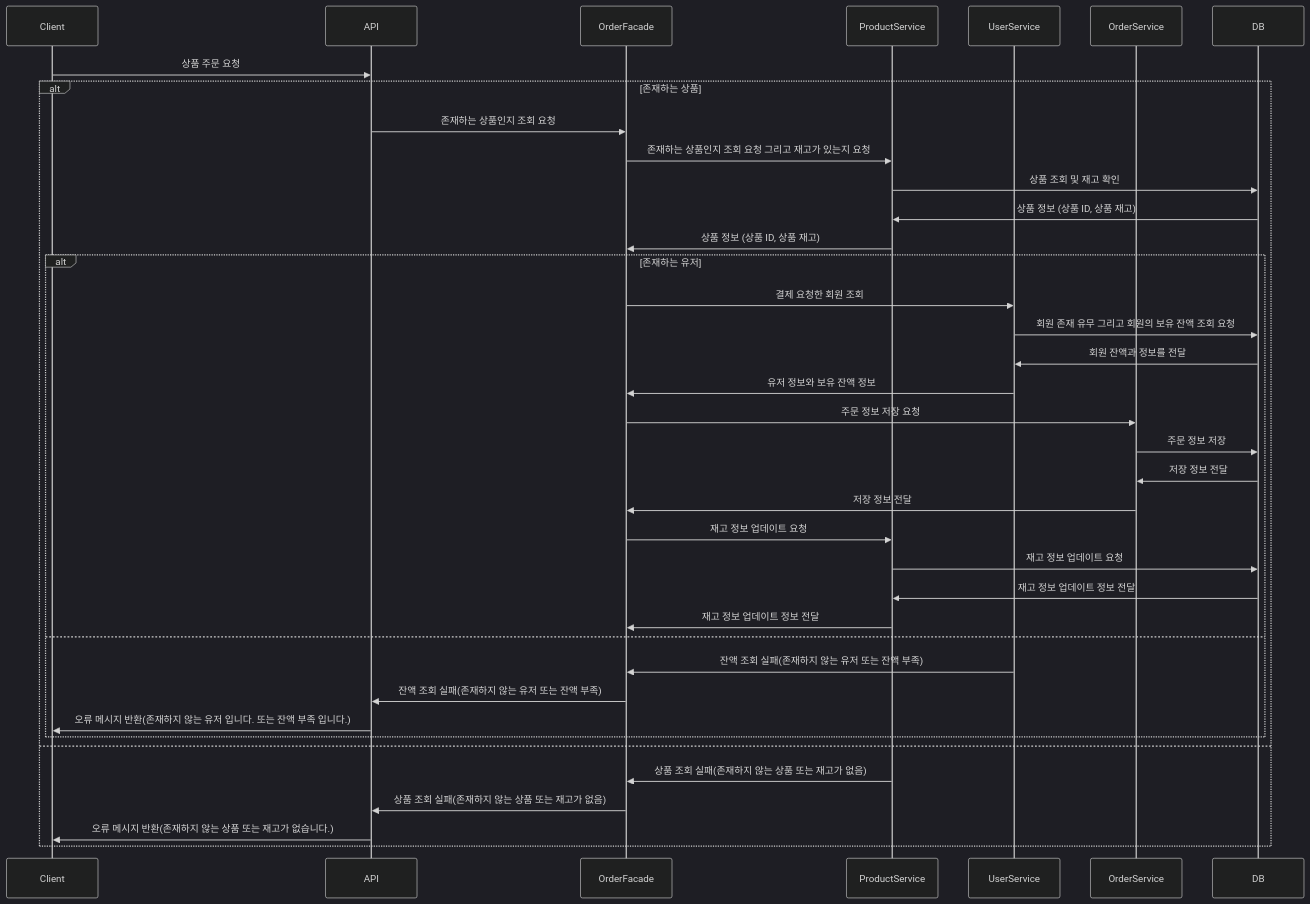
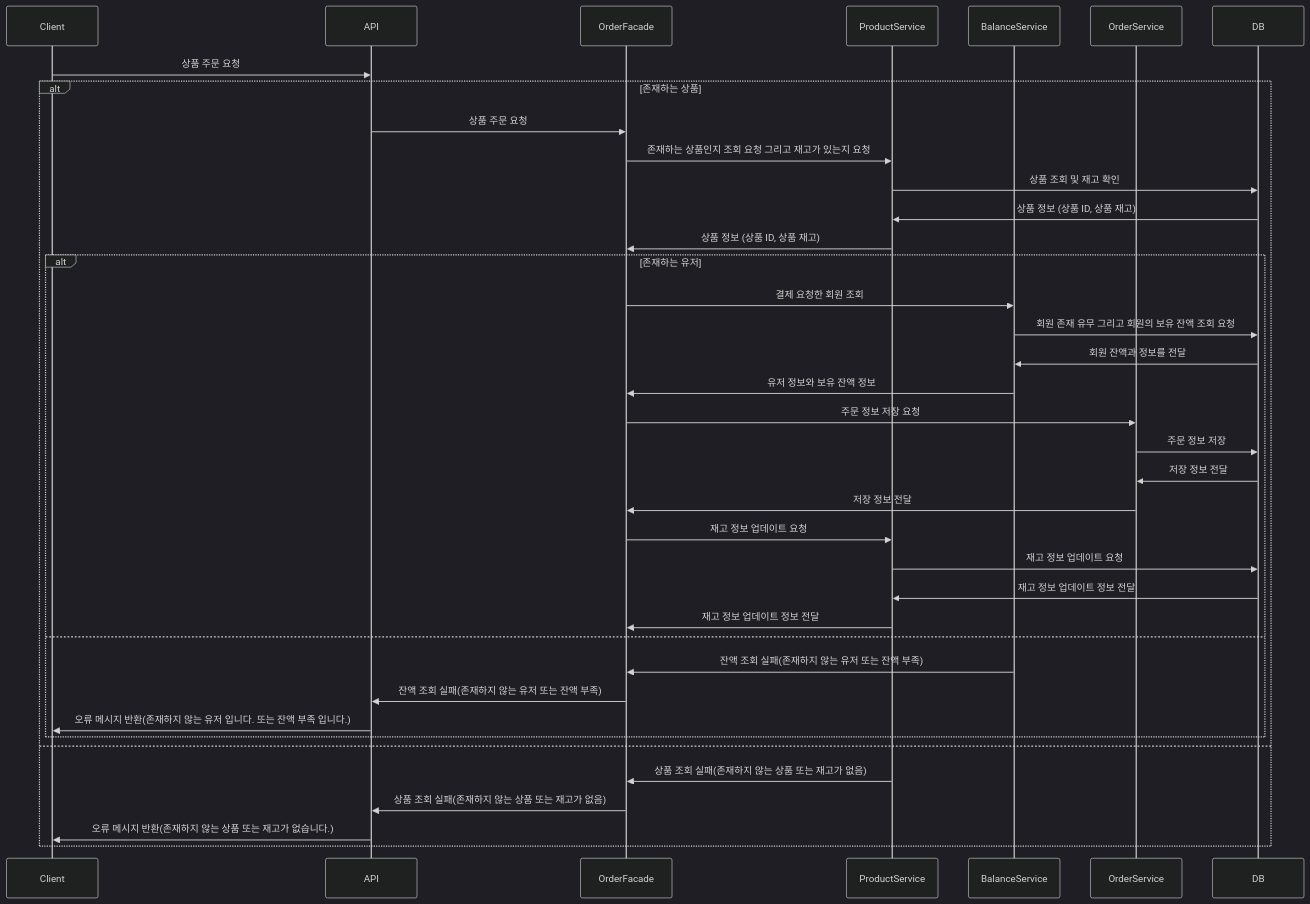
One commit to LeeJeongGi/hhplus-03-ecommerce changed the fifth of 8 diagrams in docs/EventSequence.md. Above: the diagram before and after it, drawn with Mermaid (dark theme).

Commit message:
feat : 유저와 잔액을 조회하는 서비스 이름 변경 UserService -> BalanceService

````diff
--- a/docs/EventSequence.md
+++ b/docs/EventSequence.md
@@ -128,46 +128,46 @@
 ```mermaid
 sequenceDiagram
     participant Client
     participant API
     participant OrderFacade
     participant ProductService
-    participant UserService
+    participant BalanceService
     participant OrderService
     participant DB
     
     Client ->> API: 상품 주문 요청
     alt 존재하는 상품
     
-        API ->> OrderFacade: 존재하는 상품인지 조회 요청
+        API ->> OrderFacade: 상품 주문 요청
         OrderFacade ->> ProductService: 존재하는 상품인지 조회 요청 그리고 재고가 있는지 요청
         ProductService ->> DB: 상품 조회 및 재고 확인
         DB ->> ProductService: 상품 정보 (상품 ID, 상품 재고)
         ProductService ->> OrderFacade: 상품 정보 (상품 ID, 상품 재고)
     
         alt 존재하는 유저
-            OrderFacade ->> UserService: 결제 요청한 회원 조회
-            UserService ->> DB: 회원 존재 유무 그리고 회원의 보유 잔액 조회 요청
-            DB ->> UserService: 회원 잔액과 정보를 전달
-            UserService ->> OrderFacade: 유저 정보와 보유 잔액 정보
+            OrderFacade ->> BalanceService: 결제 요청한 회원 조회
+            BalanceService ->> DB: 회원 존재 유무 그리고 회원의 보유 잔액 조회 요청
+            DB ->> BalanceService: 회원 잔액과 정보를 전달
+            BalanceService ->> OrderFacade: 유저 정보와 보유 잔액 정보
             
             OrderFacade ->> OrderService: 주문 정보 저장 요청
             OrderService ->> DB: 주문 정보 저장
             DB ->> OrderService: 저장 정보 전달
             OrderService ->> OrderFacade: 저장 정보 전달
 
             OrderFacade ->> ProductService: 재고 정보 업데이트 요청
             ProductService ->> DB: 재고 정보 업데이트 요청
             DB ->> ProductService: 재고 정보 업데이트 정보 전달
             ProductService ->> OrderFacade: 재고 정보 업데이트 정보 전달
             
         else
-            UserService ->> OrderFacade: 잔액 조회 실패(존재하지 않는 유저 또는 잔액 부족)
+            BalanceService ->> OrderFacade: 잔액 조회 실패(존재하지 않는 유저 또는 잔액 부족)
             OrderFacade ->> API: 잔액 조회 실패(존재하지 않는 유저 또는 잔액 부족)
             API ->> Client: 오류 메시지 반환(존재하지 않는 유저 입니다. 또는 잔액 부족 입니다.)
         end
     else
         ProductService ->> OrderFacade: 상품 조회 실패(존재하지 않는 상품 또는 재고가 없음)
         OrderFacade ->> API: 상품 조회 실패(존재하지 않는 상품 또는 재고가 없음)
         API ->> Client: 오류 메시지 반환(존재하지 않는 상품 또는 재고가 없습니다.)
     end
 ```
````
